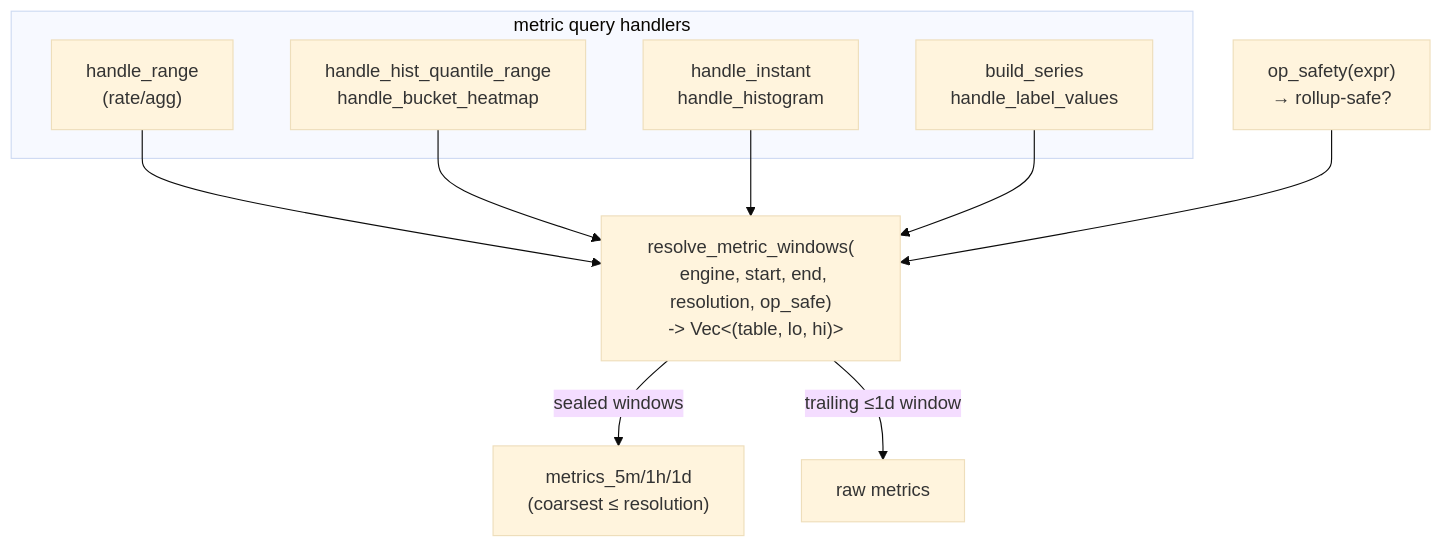
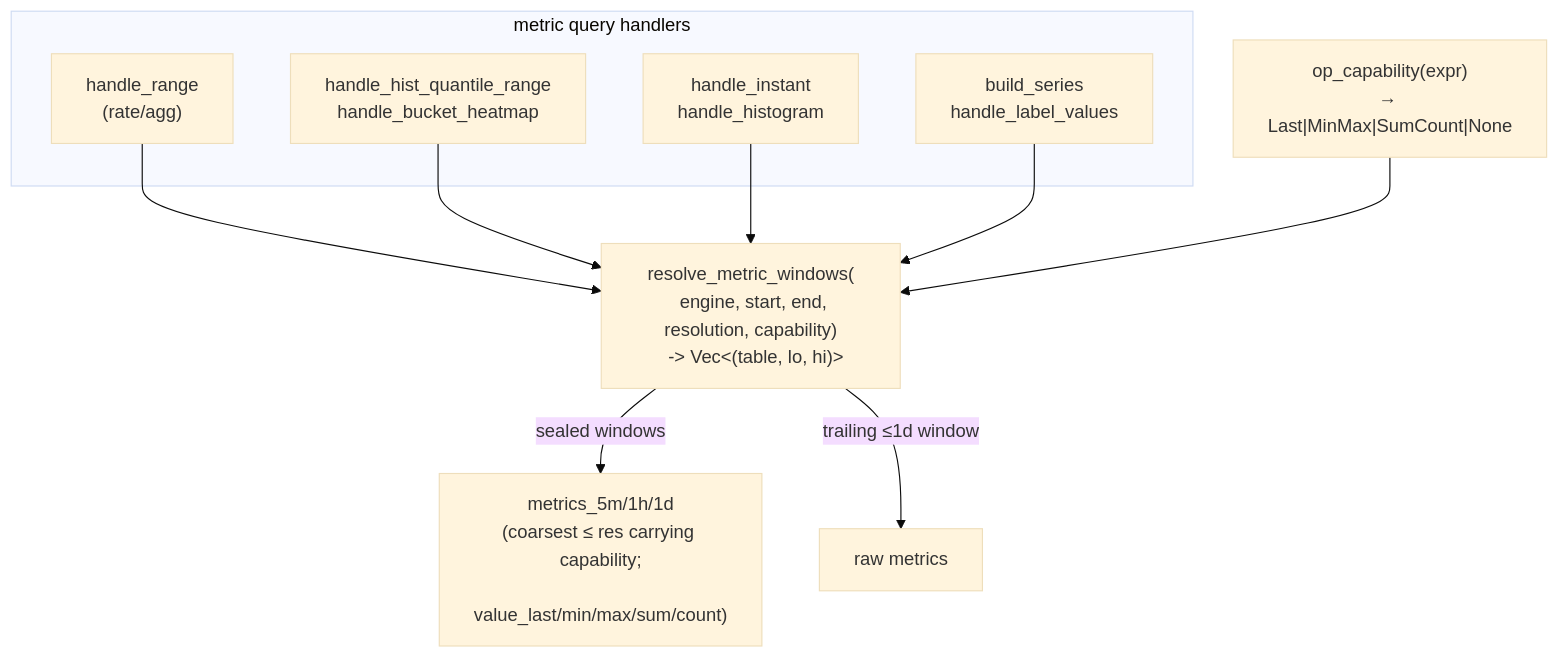
One commit to cboudereau/sol changed the diagram in docs/workspace/rollup-read-routing/DESIGN.md. Above: the diagram before and after it, drawn with Mermaid (base theme). The commit also changed other lines of this file and 6 other files, not shown here.

````diff
--- a/docs/workspace/rollup-read-routing/DESIGN.md
+++ b/docs/workspace/rollup-read-routing/DESIGN.md
@@ -58,17 +74,17 @@
 ```mermaid
 flowchart TD
     subgraph handlers["metric query handlers"]
       RA["handle_range\n(rate/agg)"]
       RH["handle_hist_quantile_range\nhandle_bucket_heatmap"]
       IN["handle_instant\nhandle_histogram"]
       MD["build_series\nhandle_label_values"]
     end
-    CK["resolve_metric_windows(\n  engine, start, end, resolution, op_safe)\n  -> Vec<(table, lo, hi)>"]
+    CK["resolve_metric_windows(\n  engine, start, end, resolution, capability)\n  -> Vec<(table, lo, hi)>"]
     RA --> CK
     RH --> CK
     IN --> CK
     MD --> CK
-    CK -->|"sealed windows"| TIER["metrics_5m/1h/1d\n(coarsest ≤ resolution)"]
+    CK -->|"sealed windows"| TIER["metrics_5m/1h/1d\n(coarsest ≤ res carrying capability;\n value_last/min/max/sum/count)"]
     CK -->|"trailing ≤1d window"| RAW["raw metrics"]
-    SAFE["op_safety(expr)\n→ rollup-safe?"] --> CK
+    SAFE["op_capability(expr)\n→ Last|MinMax|SumCount|None"] --> CK
 ```
````
